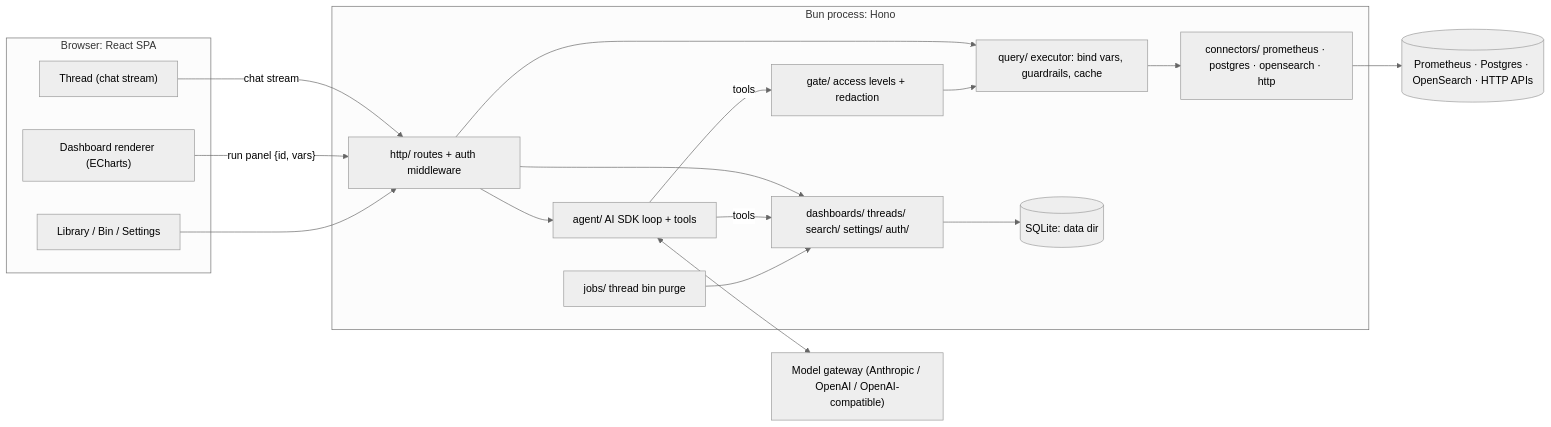
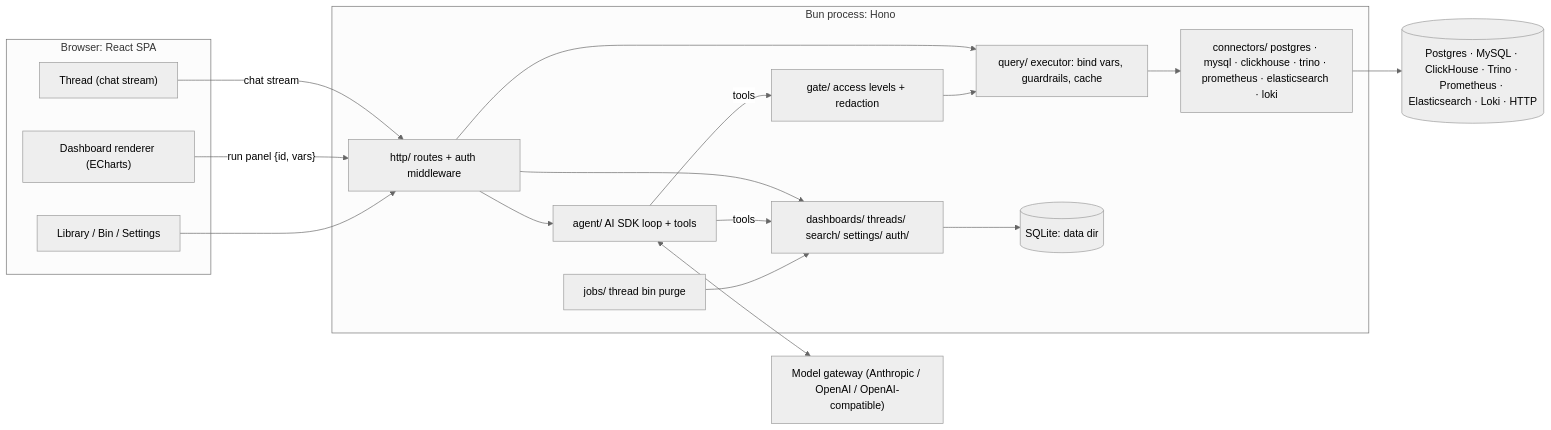
The first of 2 diagrams in docs/architecture.md (jboix/quanthea), drawn with Mermaid (neutral theme) before and after one commit. The commit also changed other lines of this file and 25 other files, not shown here.

First line of the commit message:
feat(server): add the Elasticsearch and OpenSearch connector

````diff
--- a/docs/architecture.md
+++ b/docs/architecture.md
@@ -13,37 +13,37 @@
 ```mermaid
 flowchart LR
   subgraph Browser["Browser: React SPA"]
     Thread["Thread (chat stream)"]
     Dash["Dashboard renderer (ECharts)"]
     Lib["Library / Bin / Settings"]
   end
 
   subgraph Server["Bun process: Hono"]
     HTTP["http/ routes + auth middleware"]
     Agent["agent/ AI SDK loop + tools"]
     Gate["gate/ access levels + redaction"]
     Query["query/ executor: bind vars, guardrails, cache"]
-    Conn["connectors/ prometheus · postgres · opensearch · http"]
+    Conn["connectors/ postgres · mysql · clickhouse · trino · prometheus · elasticsearch · loki"]
     Dom["dashboards/ threads/ search/ settings/ auth/"]
     DB[("SQLite: data dir")]
     Jobs["jobs/ thread bin purge"]
   end
 
   LLM["Model gateway (Anthropic / OpenAI / OpenAI-compatible)"]
-  Sources[("Prometheus · Postgres · OpenSearch · HTTP APIs")]
+  Sources[("Postgres · MySQL · ClickHouse · Trino · Prometheus · Elasticsearch · Loki · HTTP")]
 
   Thread -- "chat stream" --> HTTP
   Dash -- "run panel {id, vars}" --> HTTP
   Lib --> HTTP
   HTTP --> Agent
   HTTP --> Dom
   HTTP --> Query
   Agent -- tools --> Gate
   Agent -- tools --> Dom
   Agent <--> LLM
   Gate --> Query
   Query --> Conn
   Conn --> Sources
   Dom --> DB
   Jobs --> Dom
 ```
````
